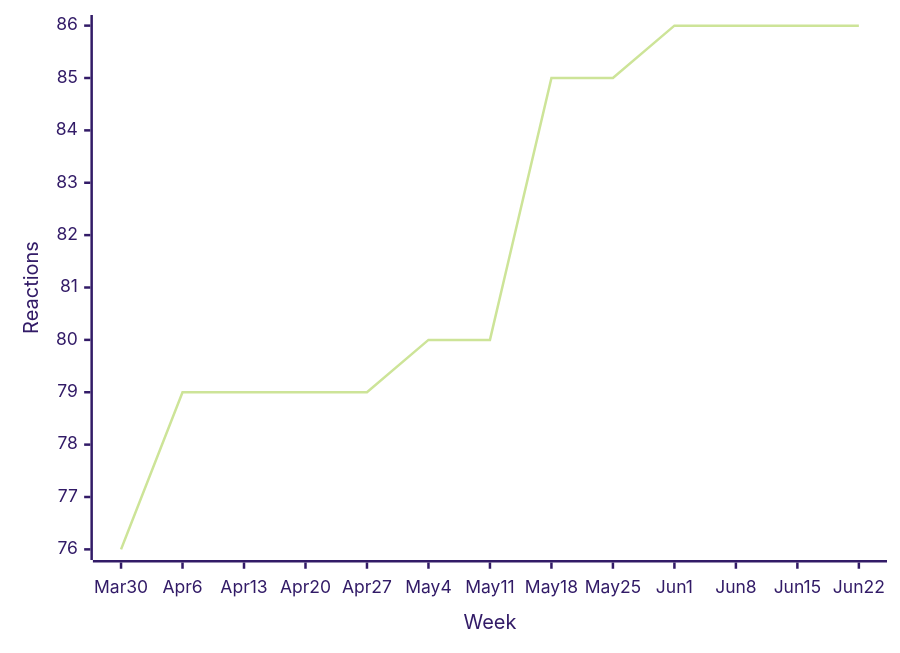
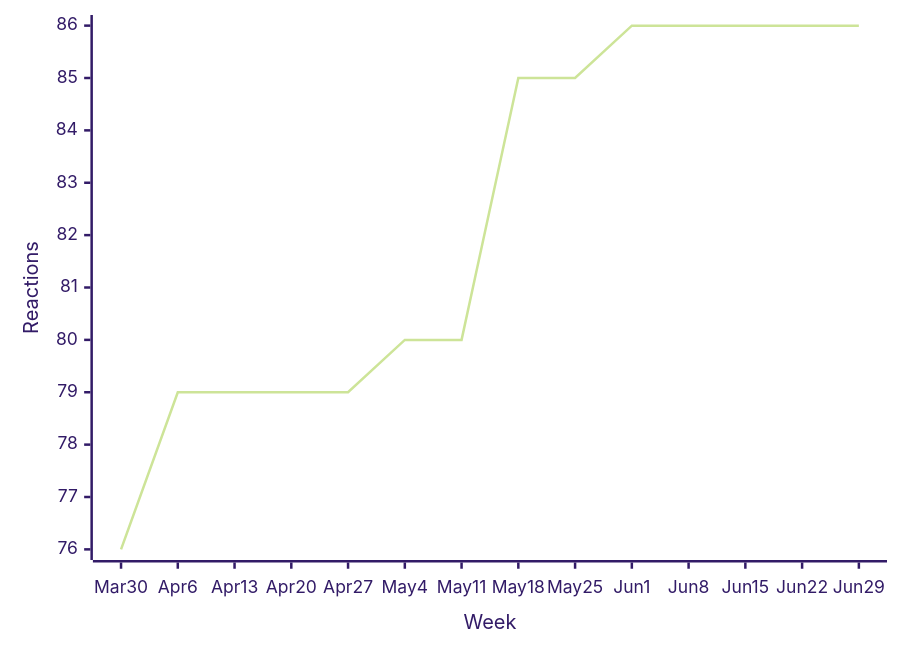
Diagram 15 of 48 in README.md (loic-sharma/github-insights), drawn with Mermaid (forest theme) before and after one commit. The commit also changed other lines of this file and 3 other files, not shown here.

````diff
--- a/README.md
+++ b/README.md
@@ -577,6 +577,6 @@
   ```mermaid
   xychart-beta
-    x-axis "Week" [Mar 30, Apr 6, Apr 13, Apr 20, Apr 27, May 4, May 11, May 18, May 25, Jun 1, Jun 8, Jun 15, Jun 22]
+    x-axis "Week" [Mar 30, Apr 6, Apr 13, Apr 20, Apr 27, May 4, May 11, May 18, May 25, Jun 1, Jun 8, Jun 15, Jun 22, Jun 29]
     y-axis "Reactions"
-    line [76, 79, 79, 79, 79, 80, 80, 85, 85, 86, 86, 86, 86]
+    line [76, 79, 79, 79, 79, 80, 80, 85, 85, 86, 86, 86, 86, 86]
   ```
````
